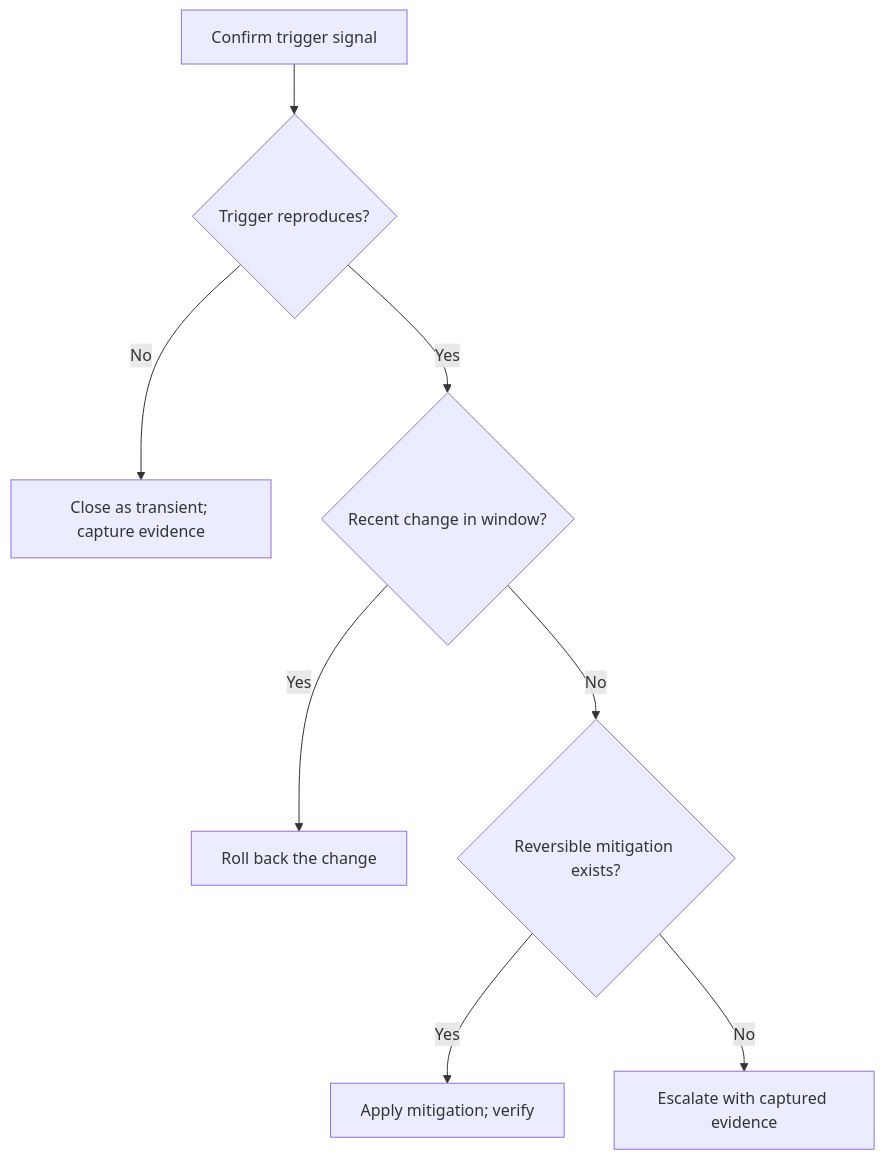
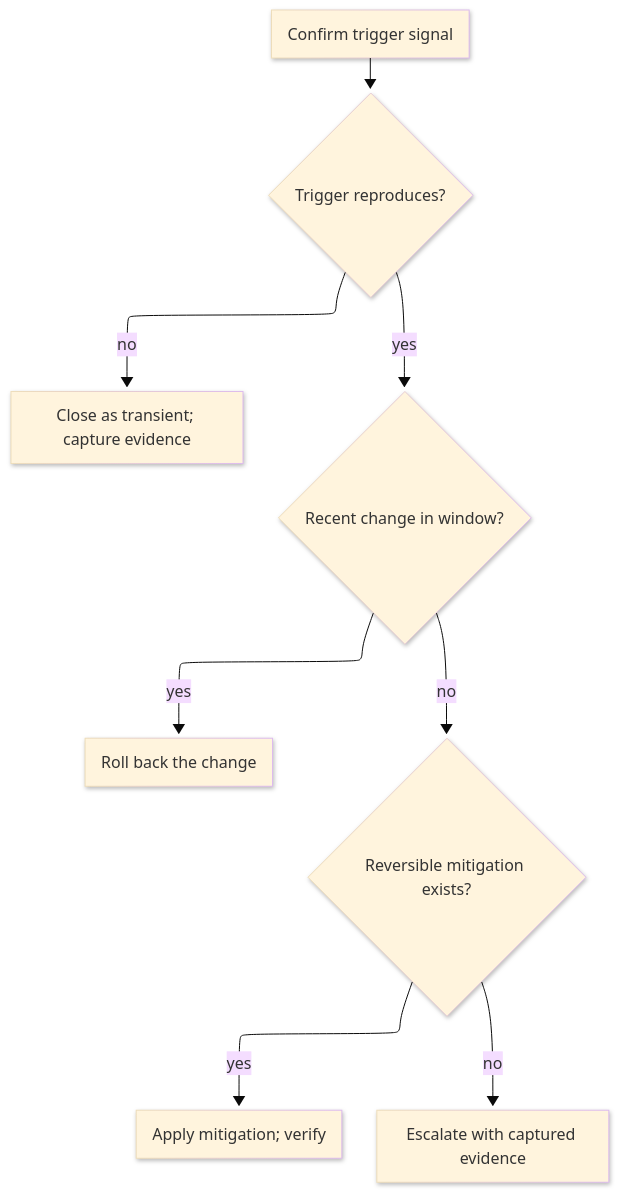
Before and after one commit to bsamiee/Rasm: the second of 2 diagrams in docs/standards/task/runbook.md, drawn with Mermaid. The commit also changed other lines of this file and 18 other files, not shown here.

Commit message:
Refine standards Mermaid diagrams

````diff
--- a/docs/standards/task/runbook.md
+++ b/docs/standards/task/runbook.md
@@ -309,11 +415,22 @@
-```mermaid conceptual
-%% triage branch from one trigger to mitigation, rollback, or escalation
+```mermaid
+---
+config:
+  layout: elk
+  look: neo
+  theme: base
+  elk:
+    mergeEdges: false
+    nodePlacementStrategy: BRANDES_KOEPF
+    cycleBreakingStrategy: GREEDY_MODEL_ORDER
+---
 flowchart TD
+    accTitle: Runbook triage branch
+    accDescr: A runbook trigger branches through reproduction, recent-change, and mitigation checks before closing, rolling back, mitigating, or escalating with evidence.
     Trigger["Confirm trigger signal"] --> Reproduces{"Trigger reproduces?"}
-    Reproduces -- "No" --> Close["Close as transient; capture evidence"]
-    Reproduces -- "Yes" --> RecentChange{"Recent change in window?"}
-    RecentChange -- "Yes" --> Rollback["Roll back the change"]
-    RecentChange -- "No" --> Reversible{"Reversible mitigation exists?"}
-    Reversible -- "Yes" --> Mitigate["Apply mitigation; verify"]
-    Reversible -- "No" --> Escalate["Escalate with captured evidence"]
+    Reproduces -->|no| Close["Close as transient; capture evidence"]
+    Reproduces -->|yes| RecentChange{"Recent change in window?"}
+    RecentChange -->|yes| Rollback["Roll back the change"]
+    RecentChange -->|no| Reversible{"Reversible mitigation exists?"}
+    Reversible -->|yes| Mitigate["Apply mitigation; verify"]
+    Reversible -->|no| Escalate["Escalate with captured evidence"]
 ```
````
